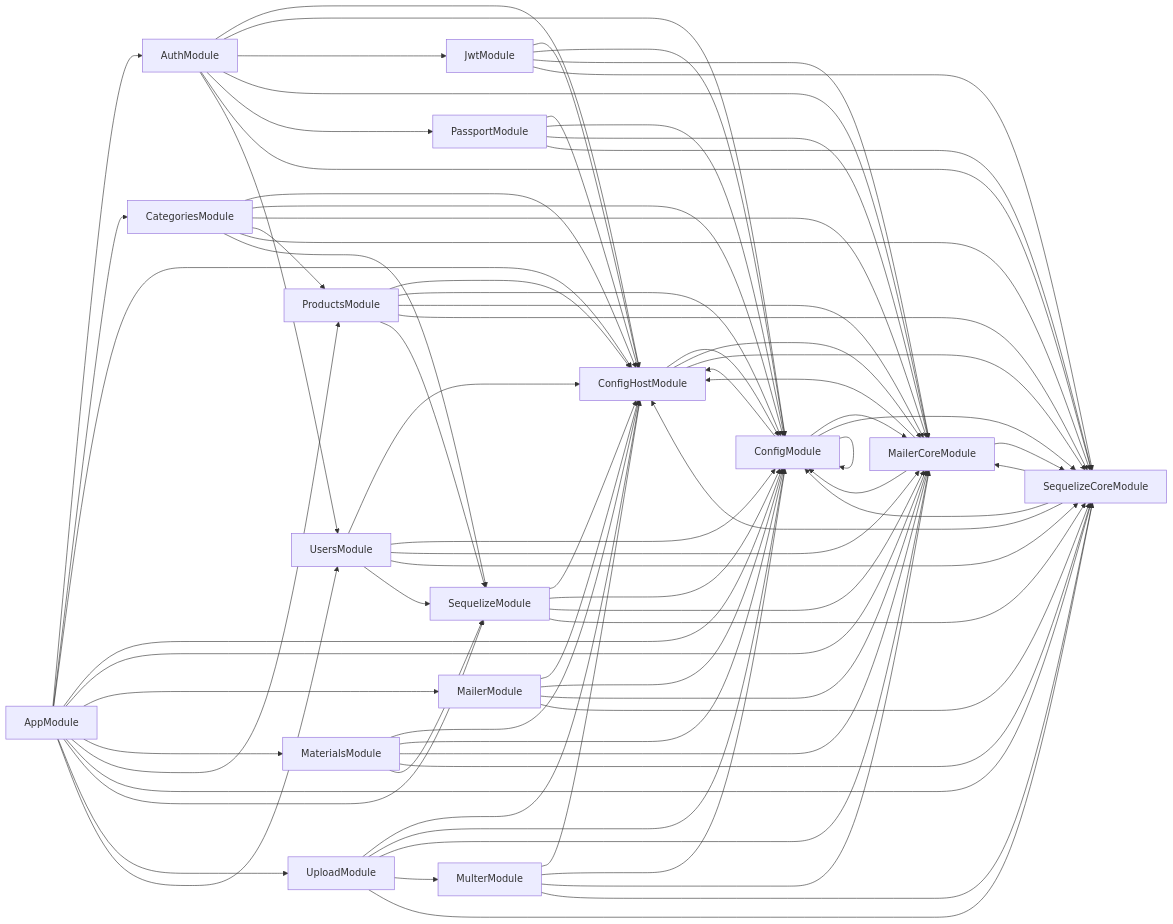
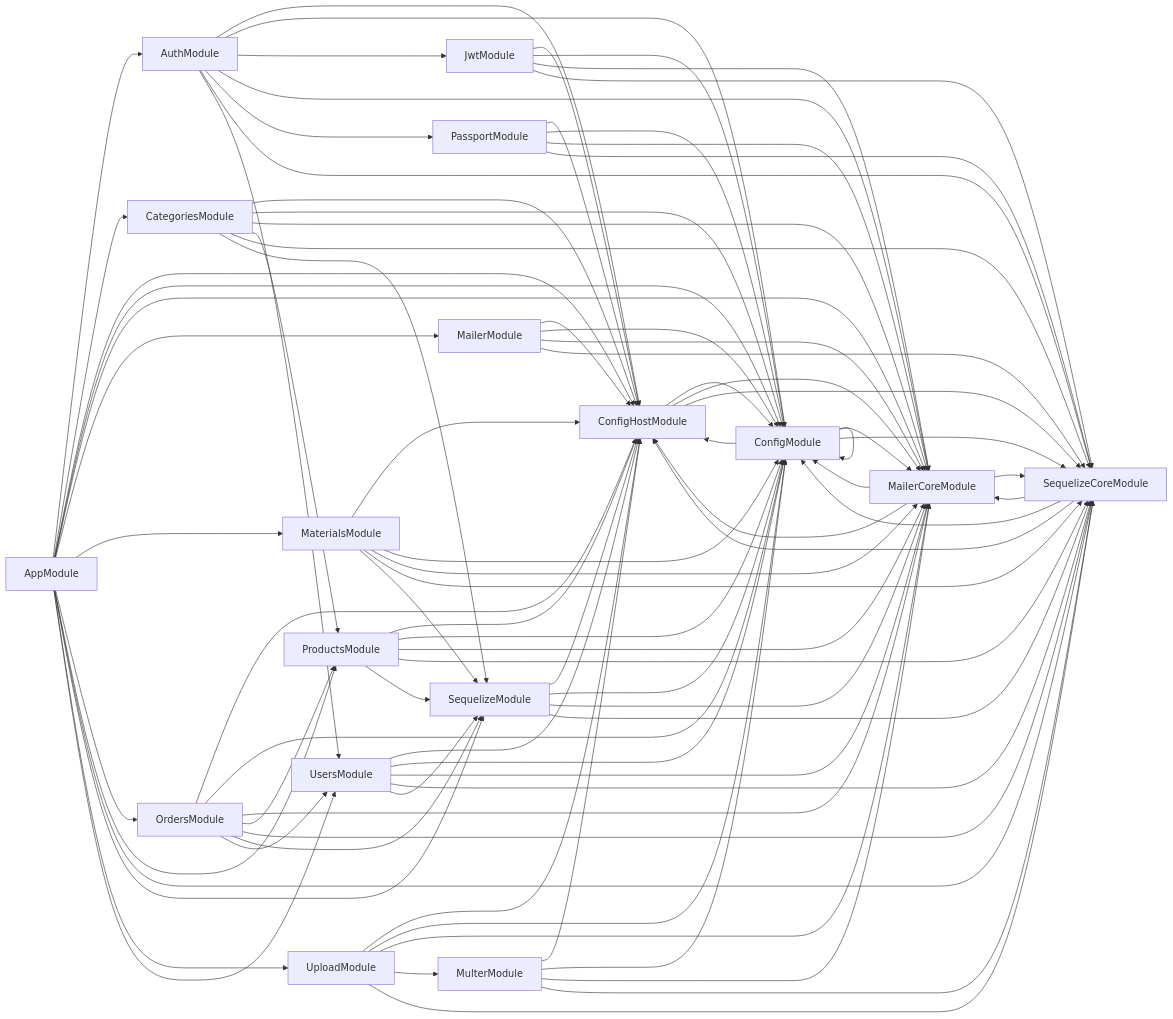
One commit to csc13001-kafi/csc13001-kafi-server changed the diagram in deps.mermaid. Above: the diagram before and after it, drawn with Mermaid. The commit also changed 14 other files, not shown here.

```diff
--- a/deps.mermaid
+++ b/deps.mermaid
@@ -1,79 +1,87 @@
 graph LR
     AppModule-->AuthModule
   AppModule-->CategoriesModule
   AppModule-->ConfigHostModule
   AppModule-->ConfigModule
   AppModule-->MailerCoreModule
   AppModule-->MailerModule
   AppModule-->MaterialsModule
+  AppModule-->OrdersModule
   AppModule-->ProductsModule
   AppModule-->SequelizeCoreModule
   AppModule-->SequelizeModule
   AppModule-->UploadModule
   AppModule-->UsersModule
   AuthModule-->ConfigHostModule
   AuthModule-->ConfigModule
   AuthModule-->JwtModule
   AuthModule-->MailerCoreModule
   AuthModule-->PassportModule
   AuthModule-->SequelizeCoreModule
   AuthModule-->UsersModule
   CategoriesModule-->ConfigHostModule
   CategoriesModule-->ConfigModule
   CategoriesModule-->MailerCoreModule
   CategoriesModule-->ProductsModule
   CategoriesModule-->SequelizeCoreModule
   CategoriesModule-->SequelizeModule
   ConfigHostModule-->ConfigModule
   ConfigHostModule-->MailerCoreModule
   ConfigHostModule-->SequelizeCoreModule
   ConfigModule-->ConfigHostModule
   ConfigModule-->ConfigModule
   ConfigModule-->MailerCoreModule
   ConfigModule-->SequelizeCoreModule
   JwtModule-->ConfigHostModule
   JwtModule-->ConfigModule
   JwtModule-->MailerCoreModule
   JwtModule-->SequelizeCoreModule
   MailerCoreModule-->ConfigHostModule
   MailerCoreModule-->ConfigModule
   MailerCoreModule-->SequelizeCoreModule
   MailerModule-->ConfigHostModule
   MailerModule-->ConfigModule
   MailerModule-->MailerCoreModule
   MailerModule-->SequelizeCoreModule
   MaterialsModule-->ConfigHostModule
   MaterialsModule-->ConfigModule
   MaterialsModule-->MailerCoreModule
   MaterialsModule-->SequelizeCoreModule
   MaterialsModule-->SequelizeModule
   MulterModule-->ConfigHostModule
   MulterModule-->ConfigModule
   MulterModule-->MailerCoreModule
   MulterModule-->SequelizeCoreModule
+  OrdersModule-->ConfigHostModule
+  OrdersModule-->ConfigModule
+  OrdersModule-->MailerCoreModule
+  OrdersModule-->ProductsModule
+  OrdersModule-->SequelizeCoreModule
+  OrdersModule-->SequelizeModule
+  OrdersModule-->UsersModule
   PassportModule-->ConfigHostModule
   PassportModule-->ConfigModule
   PassportModule-->MailerCoreModule
   PassportModule-->SequelizeCoreModule
   ProductsModule-->ConfigHostModule
   ProductsModule-->ConfigModule
   ProductsModule-->MailerCoreModule
   ProductsModule-->SequelizeCoreModule
   ProductsModule-->SequelizeModule
   SequelizeCoreModule-->ConfigHostModule
   SequelizeCoreModule-->ConfigModule
   SequelizeCoreModule-->MailerCoreModule
   SequelizeModule-->ConfigHostModule
   SequelizeModule-->ConfigModule
   SequelizeModule-->MailerCoreModule
   SequelizeModule-->SequelizeCoreModule
   UploadModule-->ConfigHostModule
   UploadModule-->ConfigModule
   UploadModule-->MailerCoreModule
   UploadModule-->MulterModule
   UploadModule-->SequelizeCoreModule
   UsersModule-->ConfigHostModule
   UsersModule-->ConfigModule
   UsersModule-->MailerCoreModule
   UsersModule-->SequelizeCoreModule
   UsersModule-->SequelizeModule
```
